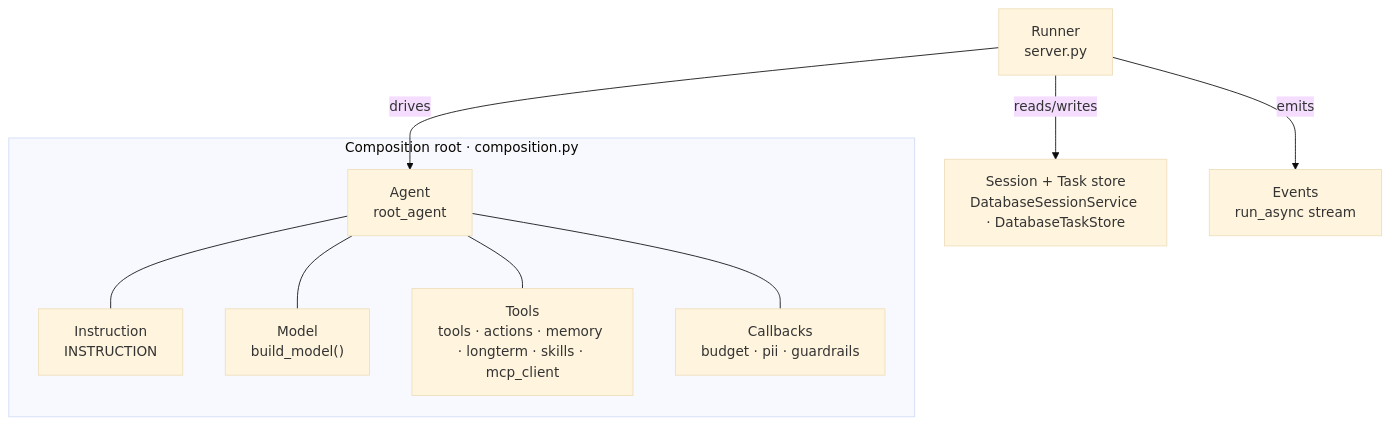
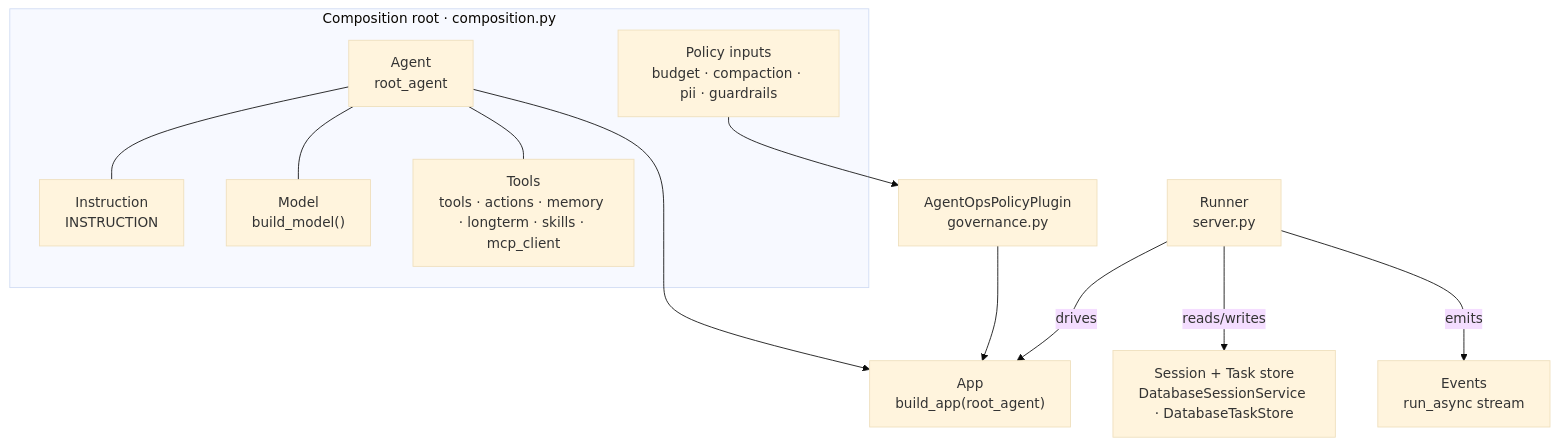
Before and after one commit to LuiGGi629/agentops-open-course: the second of 2 diagrams in docs/2. Agents/2.0. Concepts.md, drawn with Mermaid (base theme). The commit also changed other lines of this file and 44 other files, not shown here.

````diff
--- a/docs/2. Agents/2.0. Concepts.md
+++ b/docs/2. Agents/2.0. Concepts.md
@@ -191,17 +191,22 @@
 ```mermaid
 flowchart TD
     subgraph CR["Composition root · composition.py"]
       A["Agent<br/>root_agent"]
       I["Instruction<br/>INSTRUCTION"]
       MD["Model<br/>build_model()"]
       T["Tools<br/>tools · actions · memory · longterm · skills · mcp_client"]
-      C["Callbacks<br/>budget · pii · guardrails"]
+      C["Policy inputs<br/>budget · compaction · pii · guardrails"]
     end
+    P["AgentOpsPolicyPlugin<br/>governance.py"]
+    APP["App<br/>build_app(root_agent)"]
     R["Runner<br/>server.py"]
     S["Session + Task store<br/>DatabaseSessionService · DatabaseTaskStore"]
     E["Events<br/>run_async stream"]
-    A --- I & MD & T & C
-    R -->|drives| A
+    A --- I & MD & T
+    C --> P
+    A --> APP
+    P --> APP
+    R -->|drives| APP
     R -->|reads/writes| S
     R -->|emits| E
 ```
````
